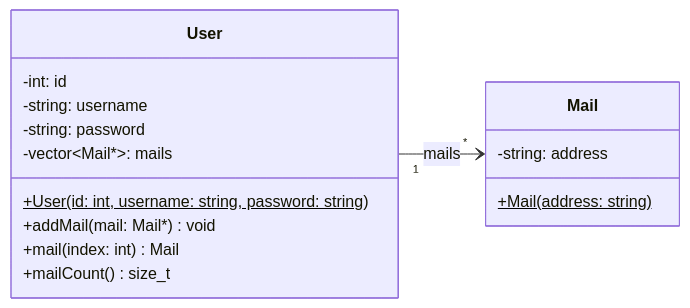
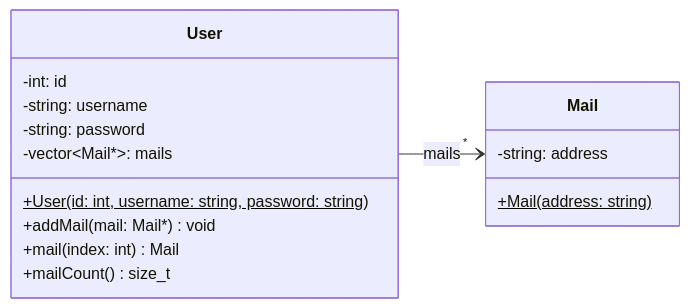
One commit to teiniker/teiniker-lectures-computerscience changed the diagram in programming-c++/oop/associations/user-mail-many/README.md. Above: the diagram before and after it, drawn with Mermaid. The commit also changed 3 other files, not shown here.

Commit message:
Refactoring diagrams.

````diff
--- a/programming-c++/oop/associations/user-mail-many/README.md
+++ b/programming-c++/oop/associations/user-mail-many/README.md
@@ -13,21 +13,21 @@
 ```mermaid
 classDiagram
     direction LR
     class Mail {
         -string: address
         +Mail(address: string)$
     }
 
     class User {
         -int: id
         -string: username
         -string: password
         -vector~Mail*~: mails
         +User(id: int, username: string, password: string)$
         +addMail(mail: Mail*) void
         +mail(index: int) Mail
         +mailCount() size_t
     }
 
-    User "1" --> "*" Mail : mails
+    User --> "*" Mail : mails
 ```
````
